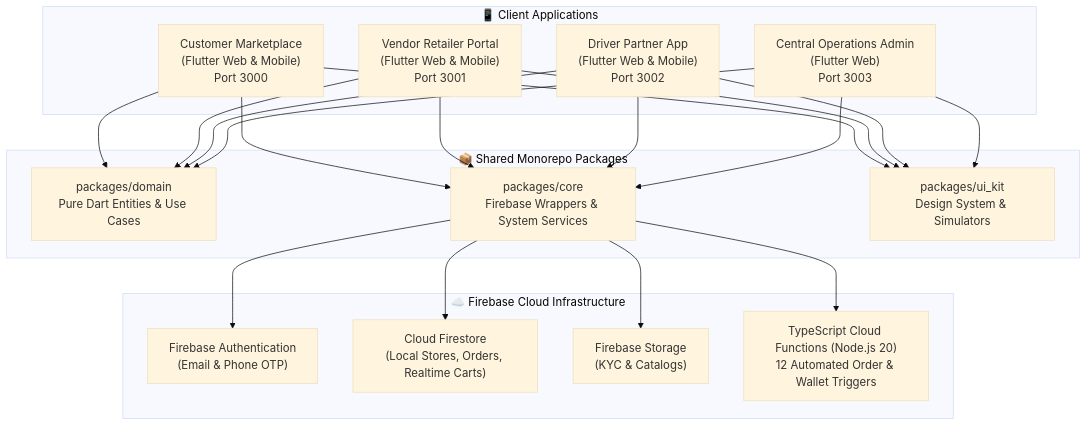
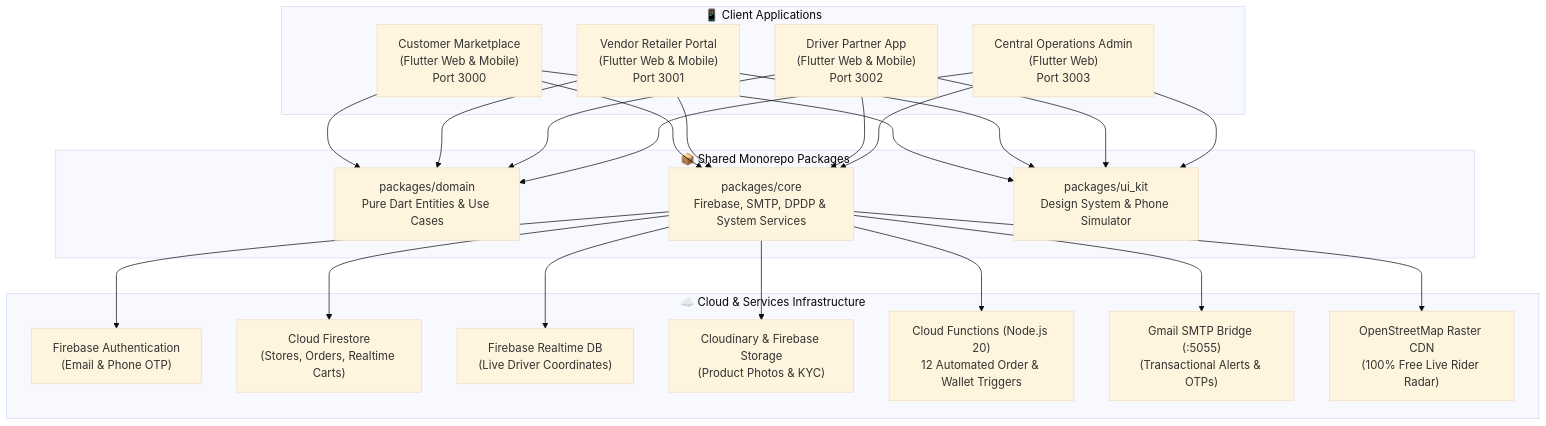
The diagram in README.md (developermeetratwani/Startup), drawn with Mermaid (base theme) before and after one commit. The commit also changed other lines of this file, not shown here.

Commit message:
docs: update comprehensive README with architecture, DPDP compliance, live radar, and deployment guide

````diff
--- a/README.md
+++ b/README.md
@@ -9,29 +9,32 @@
 ```mermaid
 flowchart TD
     subgraph Clients["📱 Client Applications"]
         C["Customer Marketplace\n(Flutter Web & Mobile)\nPort 3000"]
         V["Vendor Retailer Portal\n(Flutter Web & Mobile)\nPort 3001"]
         D["Driver Partner App\n(Flutter Web & Mobile)\nPort 3002"]
         A["Central Operations Admin\n(Flutter Web)\nPort 3003"]
     end
 
     subgraph Packages["📦 Shared Monorepo Packages"]
         Domain["packages/domain\nPure Dart Entities & Use Cases"]
-        Core["packages/core\nFirebase Wrappers & System Services"]
-        UIKit["packages/ui_kit\nDesign System & Simulators"]
+        Core["packages/core\nFirebase, SMTP, DPDP & System Services"]
+        UIKit["packages/ui_kit\nDesign System & Phone Simulator"]
     end
 
-    subgraph Backend["☁️ Firebase Cloud Infrastructure"]
+    subgraph Backend["☁️ Cloud & Services Infrastructure"]
         Auth["Firebase Authentication\n(Email & Phone OTP)"]
-        Firestore["Cloud Firestore\n(Local Stores, Orders, Realtime Carts)"]
-        Storage["Firebase Storage\n(KYC & Catalogs)"]
-        Functions["TypeScript Cloud Functions (Node.js 20)\n12 Automated Order & Wallet Triggers"]
+        Firestore["Cloud Firestore\n(Stores, Orders, Realtime Carts)"]
+        RTDB["Firebase Realtime DB\n(Live Driver Coordinates)"]
+        Storage["Cloudinary & Firebase Storage\n(Product Photos & KYC)"]
+        Functions["Cloud Functions (Node.js 20)\n12 Automated Order & Wallet Triggers"]
+        SMTP["Gmail SMTP Bridge (:5055)\n(Transactional Alerts & OTPs)"]
+        OSM["OpenStreetMap Raster CDN\n(100% Free Live Rider Radar)"]
     end
 
     C --> Domain & Core & UIKit
     V --> Domain & Core & UIKit
     D --> Domain & Core & UIKit
     A --> Domain & Core & UIKit
 
-    Core --> Auth & Firestore & Storage & Functions
+    Core --> Auth & Firestore & RTDB & Storage & Functions & SMTP & OSM
 ```
````
